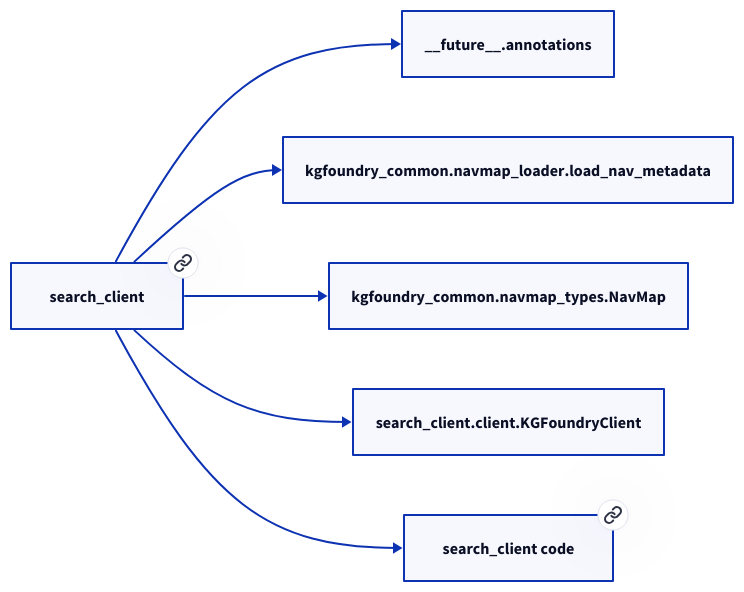
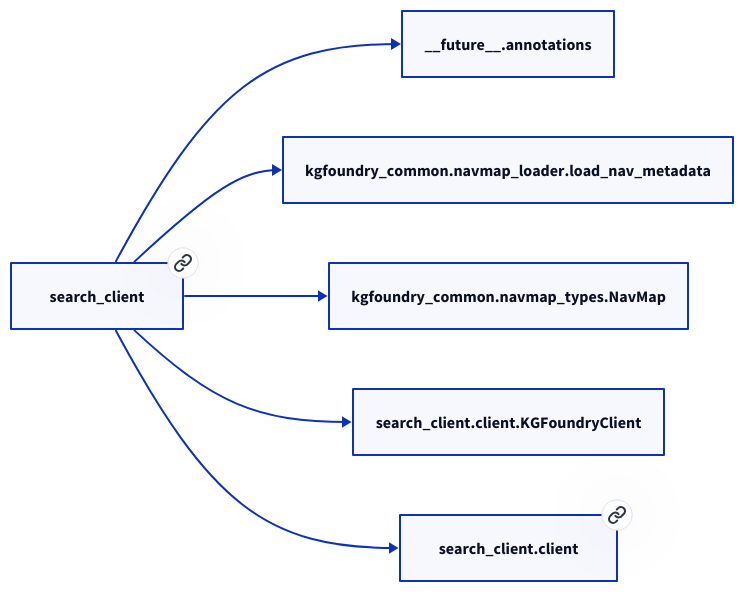
One commit to paul-heyse/kgforge changed the diagram in docs/modules/search_client.md. Above: the diagram before and after it, drawn with D2. The commit also changed other lines of this file and 208 other files, not shown here.

````diff
--- a/docs/modules/search_client.md
+++ b/docs/modules/search_client.md
@@ -17,14 +21,14 @@
 ```d2
 direction: right
-"search_client": "search_client" { link: "./search_client.md" }
+"search_client": "search_client" { link: "https://github.com/paul-heyse/kgfoundry/blob/main/src/search_client/__init__.py" }
 "__future__.annotations": "__future__.annotations"
 "search_client" -> "__future__.annotations"
 "kgfoundry_common.navmap_loader.load_nav_metadata": "kgfoundry_common.navmap_loader.load_nav_metadata"
 "search_client" -> "kgfoundry_common.navmap_loader.load_nav_metadata"
 "kgfoundry_common.navmap_types.NavMap": "kgfoundry_common.navmap_types.NavMap"
 "search_client" -> "kgfoundry_common.navmap_types.NavMap"
 "search_client.client.KGFoundryClient": "search_client.client.KGFoundryClient"
 "search_client" -> "search_client.client.KGFoundryClient"
-"search_client_code": "search_client code" { link: "https://github.com/kgfoundry/kgfoundry/blob/main/src/search_client/__init__.py" }
-"search_client" -> "search_client_code" { style: dashed }
+"search_client.client": "search_client.client" { link: "https://github.com/paul-heyse/kgfoundry/blob/main/src/search_client/client.py" }
+"search_client" -> "search_client.client" { style: dashed }
 ```
````
